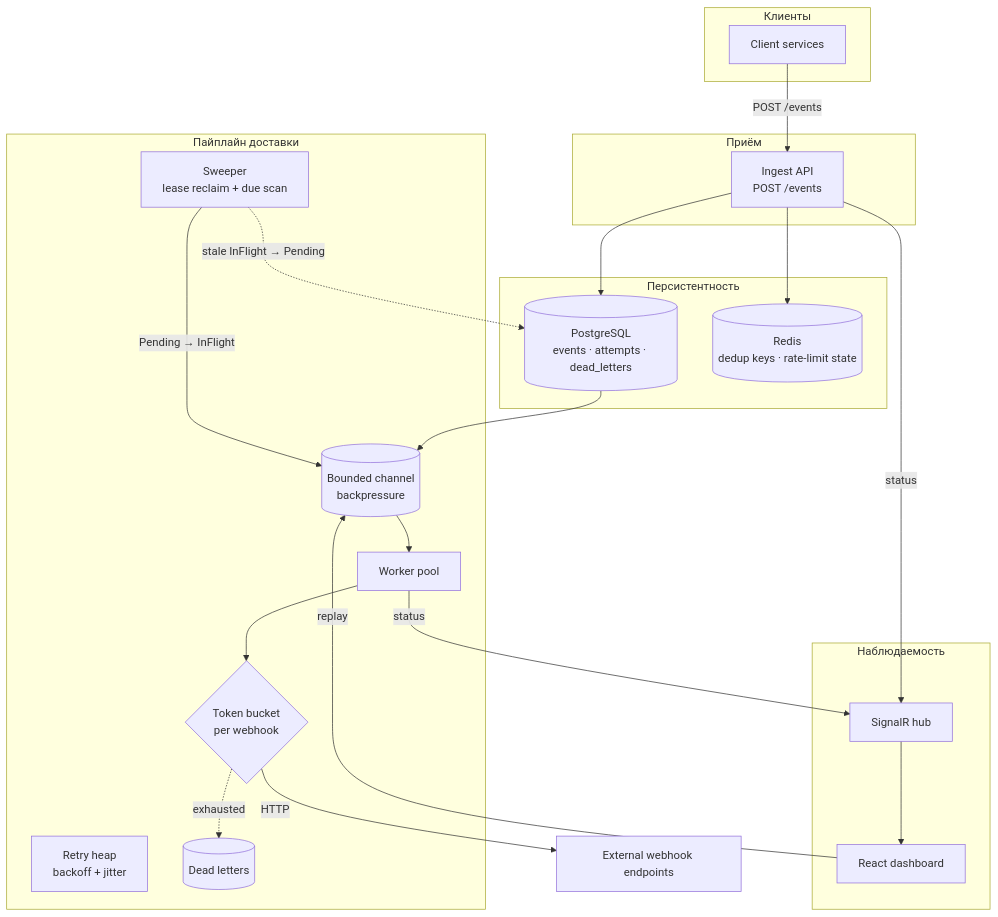
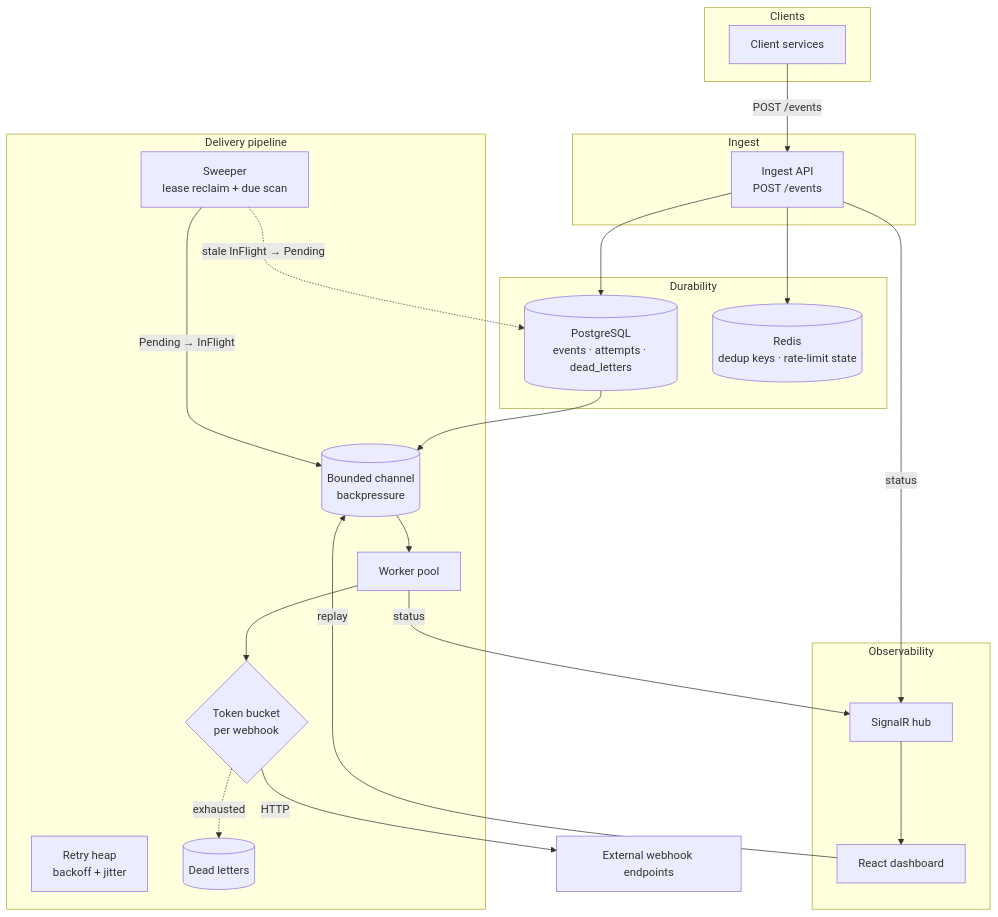
One commit to ezpectus/webhook-engine changed the first of 6 diagrams in docs/diagrams/system.md. Above: the diagram before and after it, drawn with Mermaid. The commit also changed other lines of this file and 28 other files, not shown here.

Commit message:
repo hygiene: RU mirrors + workflow docs → .devin/ (gitignored), failure-boundary map extracted to docs/, diagrams/system.md translated EN, README/authorship section

````diff
--- a/docs/diagrams/system.md
+++ b/docs/diagrams/system.md
@@ -13,41 +12,41 @@
 ```mermaid
 flowchart TB
-    subgraph Clients["Клиенты"]
+    subgraph Clients["Clients"]
         C1[Client services]
     end
 
-    subgraph Ingest["Приём"]
+    subgraph Ingest["Ingest"]
         API[Ingest API<br/>POST /events]
     end
 
-    subgraph Dur["Персистентность"]
+    subgraph Dur["Durability"]
         PG[(PostgreSQL<br/>events · attempts · dead_letters)]
         RDS[(Redis<br/>dedup keys · rate-limit state)]
     end
 
-    subgraph Pipe["Пайплайн доставки"]
+    subgraph Pipe["Delivery pipeline"]
         Q[(Bounded channel<br/>backpressure)]
         W[Worker pool]
         RL{Token bucket<br/>per webhook}
         RH[Retry heap<br/>backoff + jitter]
         SW[Sweeper<br/>lease reclaim + due scan]
         DLQ[(Dead letters)]
     end
 
-    subgraph Obs["Наблюдаемость"]
+    subgraph Obs["Observability"]
         SIG[SignalR hub]
         DASH[React dashboard]
     end
 
     C1 -->|POST /events| API
     API --> RDS
     API --> PG
     PG --> Q --> W --> RL
     RL -->|HTTP| EXT[External webhook endpoints]
     W -->|status| SIG --> DASH
     RL -.->|exhausted| DLQ
     SW -->|Pending → InFlight| Q
     SW -.->|stale InFlight → Pending| PG
     DASH -->|replay| Q
     API -->|status| SIG
 ```
````
